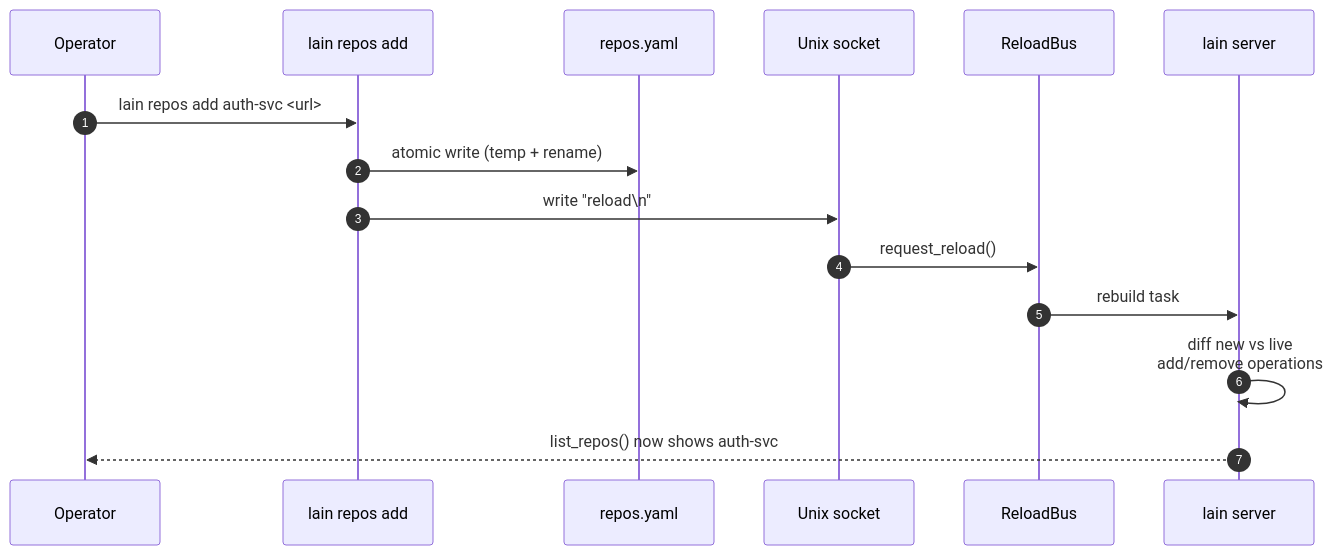
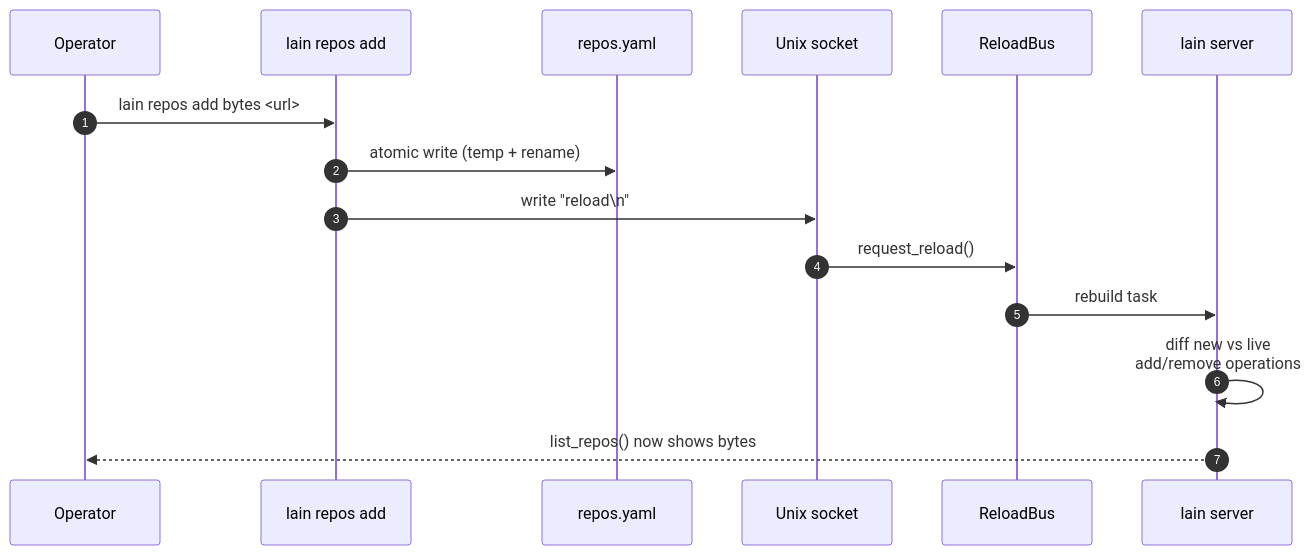
The second of 5 diagrams in docs/FEDERATION.md (spuentesp/lain), drawn with Mermaid before and after one commit. The commit also changed other lines of this file, not shown here.

Commit message:
docs(federation): align teaching example with bytes+tokio hero

````diff
--- a/docs/FEDERATION.md
+++ b/docs/FEDERATION.md
@@ -81,18 +81,18 @@
 ```mermaid
 sequenceDiagram
     autonumber
     participant Op as Operator
     participant CLI as lain repos add
     participant YAML as repos.yaml
     participant Sock as Unix socket
     participant Bus as ReloadBus
     participant Srv as lain server
 
-    Op->>CLI: lain repos add auth-svc <url>
+    Op->>CLI: lain repos add bytes <url>
     CLI->>YAML: atomic write (temp + rename)
     CLI->>Sock: write "reload\n"
     Sock->>Bus: request_reload()
     Bus->>Srv: rebuild task
     Srv->>Srv: diff new vs live<br/>add/remove operations
-    Srv-->>Op: list_repos() now shows auth-svc
+    Srv-->>Op: list_repos() now shows bytes
 ```
````
